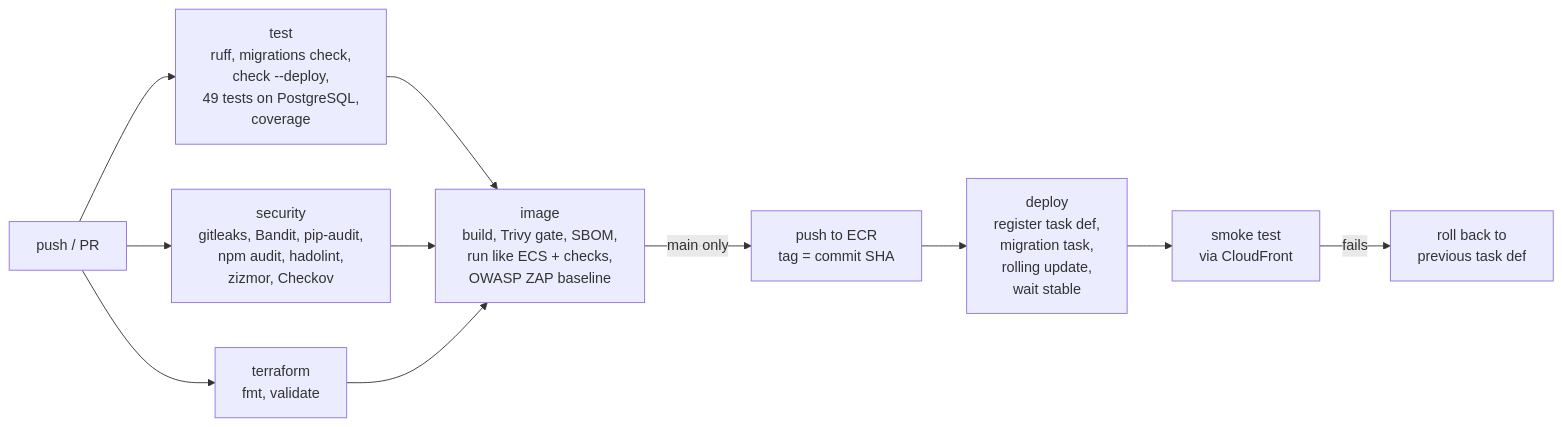
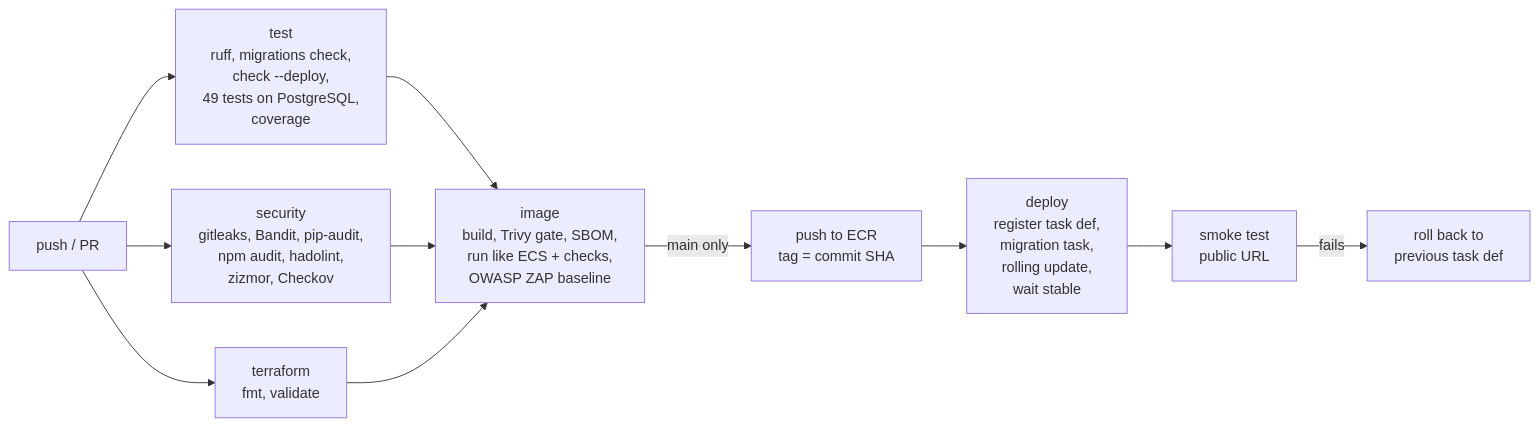
The third of 3 diagrams in docs/ARCHITECTURE.md (rayenmabrouk/EPIConnect), drawn with Mermaid before and after one commit. The commit also changed other lines of this file and 7 other files, not shown here.

First line of the commit message:
docs: describe the architecture actually deployed in AWS Academy

````diff
--- a/docs/ARCHITECTURE.md
+++ b/docs/ARCHITECTURE.md
@@ -196,11 +199,11 @@
 ```mermaid
 flowchart LR
     push["push / PR"] --> test["test<br/>ruff, migrations check,<br/>check --deploy,<br/>49 tests on PostgreSQL,<br/>coverage"]
     push --> sec["security<br/>gitleaks, Bandit, pip-audit,<br/>npm audit, hadolint,<br/>zizmor, Checkov"]
     push --> tf["terraform<br/>fmt, validate"]
     test & sec & tf --> image["image<br/>build, Trivy gate, SBOM,<br/>run like ECS + checks,<br/>OWASP ZAP baseline"]
     image -->|main only| ecr["push to ECR<br/>tag = commit SHA"]
     ecr --> deploy["deploy<br/>register task def,<br/>migration task,<br/>rolling update,<br/>wait stable"]
-    deploy --> smoke["smoke test<br/>via CloudFront"]
+    deploy --> smoke["smoke test<br/>public URL"]
     smoke -->|fails| rollback["roll back to<br/>previous task def"]
 ```
````
